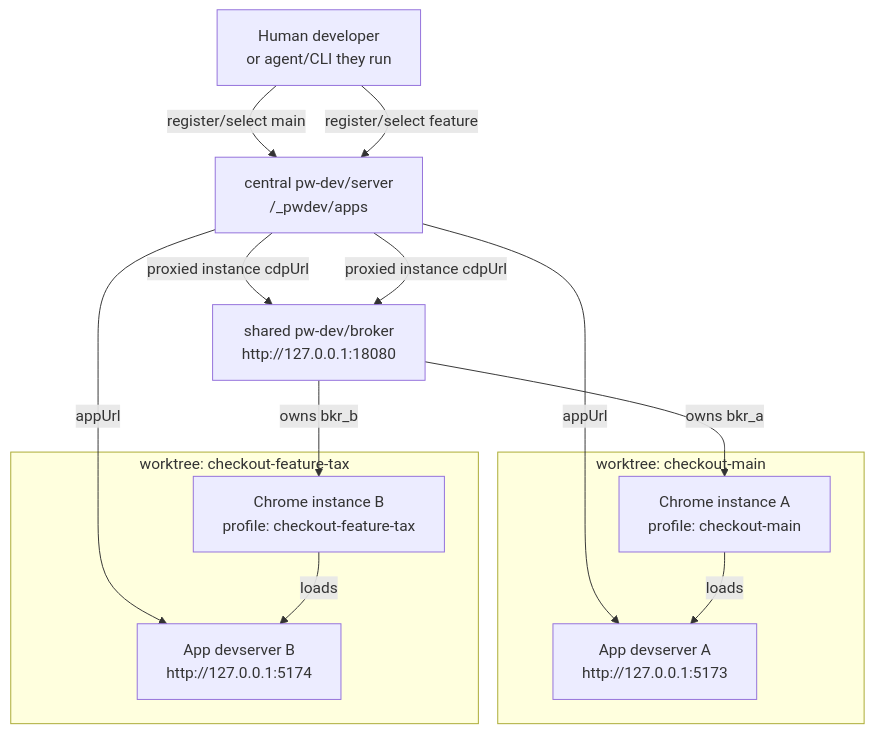
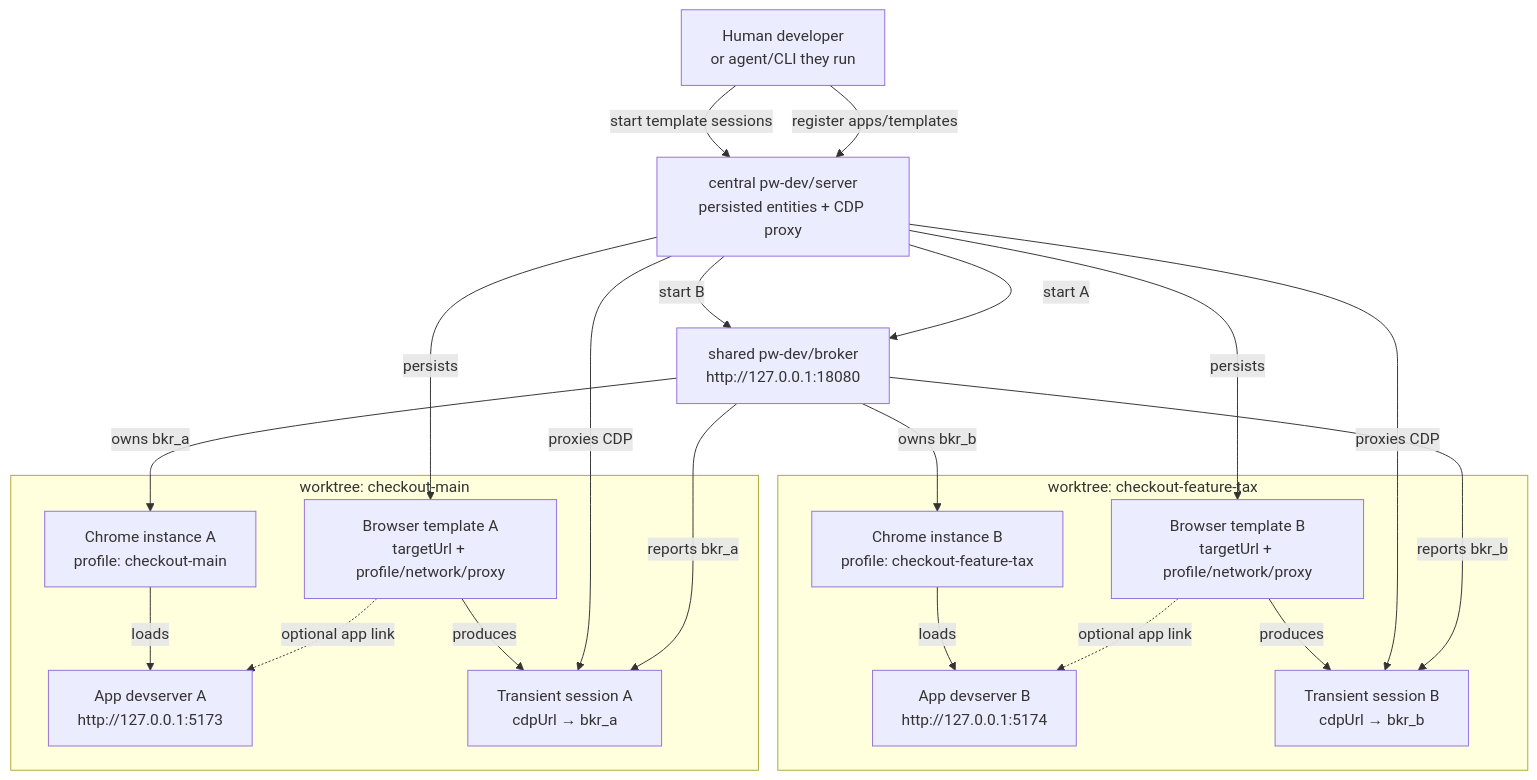
Before and after one commit to sloppygadget-bot/pw-dev: the third of 3 diagrams in docs/architecture.md, drawn with Mermaid. The commit also changed other lines of this file and 7 other files, not shown here.

Commit message:
feat(server): center browser lifecycle on templates

````diff
--- a/docs/architecture.md
+++ b/docs/architecture.md
@@ -84,29 +99,41 @@
 ```mermaid
 flowchart TD
   Human["Human developer<br/>or agent/CLI they run"]
-  Server["central pw-dev/server<br/>/_pwdev/apps"]
+  Server["central pw-dev/server<br/>persisted entities + CDP proxy"]
   Broker["shared pw-dev/broker<br/>http://127.0.0.1:18080"]
 
   subgraph WorktreeA["worktree: checkout-main"]
     AppA["App devserver A<br/>http://127.0.0.1:5173"]
+    TemplateA["Browser template A<br/>targetUrl + profile/network/proxy"]
+    SessionA["Transient session A<br/>cdpUrl → bkr_a"]
     ChromeA["Chrome instance A<br/>profile: checkout-main"]
   end
 
   subgraph WorktreeB["worktree: checkout-feature-tax"]
     AppB["App devserver B<br/>http://127.0.0.1:5174"]
+    TemplateB["Browser template B<br/>targetUrl + profile/network/proxy"]
+    SessionB["Transient session B<br/>cdpUrl → bkr_b"]
     ChromeB["Chrome instance B<br/>profile: checkout-feature-tax"]
   end
 
-  Human -->|register/select main| Server
-  Human -->|register/select feature| Server
+  Human -->|register apps/templates| Server
+  Human -->|start template sessions| Server
 
-  Server -->|appUrl| AppA
-  Server -->|proxied instance cdpUrl| Broker
+  Server -->|persists| TemplateA
+  TemplateA -. optional app link .-> AppA
+  Server -->|start A| Broker
   Broker -->|owns bkr_a| ChromeA
+  Broker -->|reports bkr_a| SessionA
+  Server -->|proxies CDP| SessionA
+  TemplateA -->|produces| SessionA
   ChromeA -->|loads| AppA
 
-  Server -->|appUrl| AppB
-  Server -->|proxied instance cdpUrl| Broker
+  Server -->|persists| TemplateB
+  TemplateB -. optional app link .-> AppB
+  Server -->|start B| Broker
   Broker -->|owns bkr_b| ChromeB
+  Broker -->|reports bkr_b| SessionB
+  Server -->|proxies CDP| SessionB
+  TemplateB -->|produces| SessionB
   ChromeB -->|loads| AppB
 ```
````
